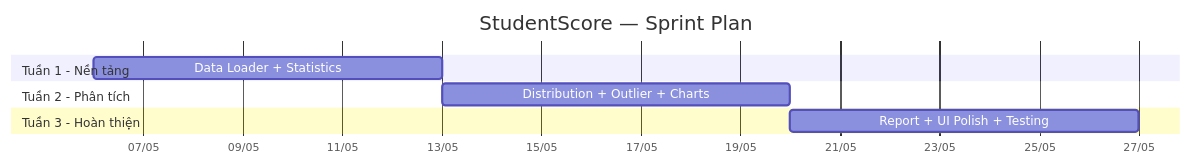
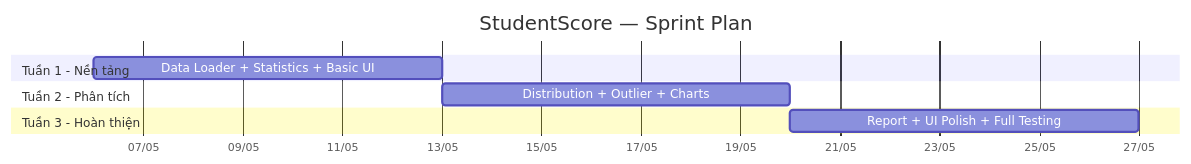
The first of 2 diagrams in sprint_plan.md (AIVIETNAM-AIO-kieuhoangquan/GradesAnomalyDetection), drawn with Mermaid before and after one commit. The commit also changed other lines of this file, not shown here.

````diff
--- a/sprint_plan.md
+++ b/sprint_plan.md
@@ -23,15 +24,15 @@
 ```mermaid
 gantt
     title StudentScore — Sprint Plan
     dateFormat  YYYY-MM-DD
     axisFormat  %d/%m
 
     section Tuần 1 - Nền tảng
-    Data Loader + Statistics       :w1, 2026-05-06, 7d
+    Data Loader + Statistics + Basic UI :w1, 2026-05-06, 7d
 
     section Tuần 2 - Phân tích
-    Distribution + Outlier + Charts :w2, 2026-05-13, 7d
+    Distribution + Outlier + Charts     :w2, 2026-05-13, 7d
 
     section Tuần 3 - Hoàn thiện
-    Report + UI Polish + Testing    :w3, 2026-05-20, 7d
+    Report + UI Polish + Full Testing   :w3, 2026-05-20, 7d
 ```
````
